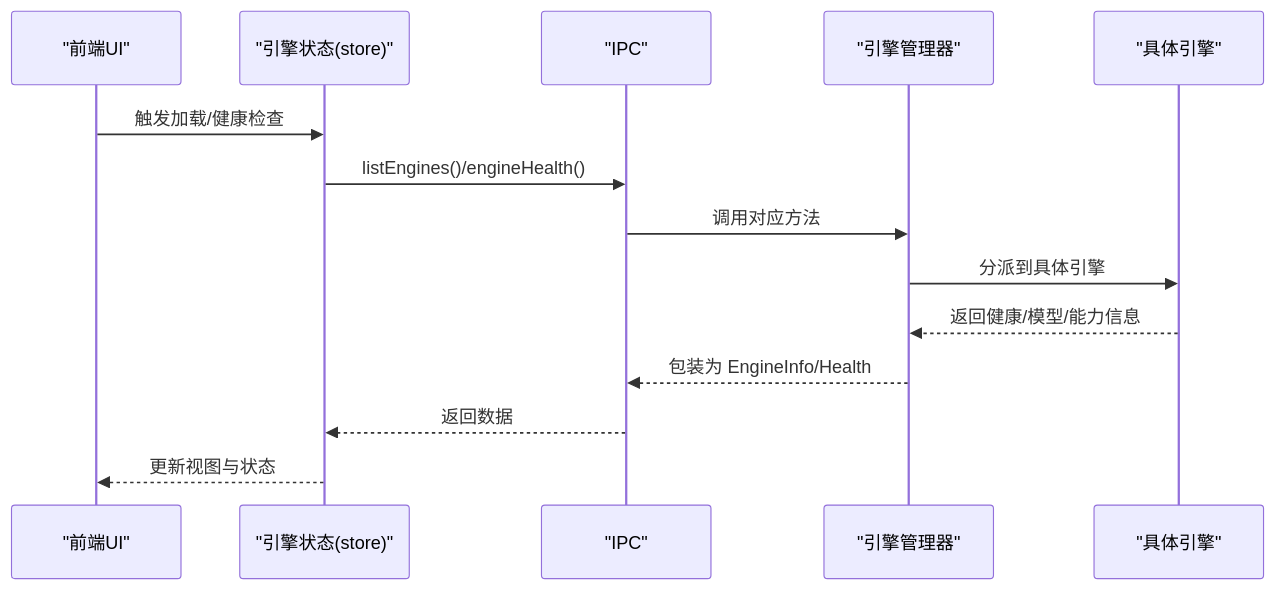
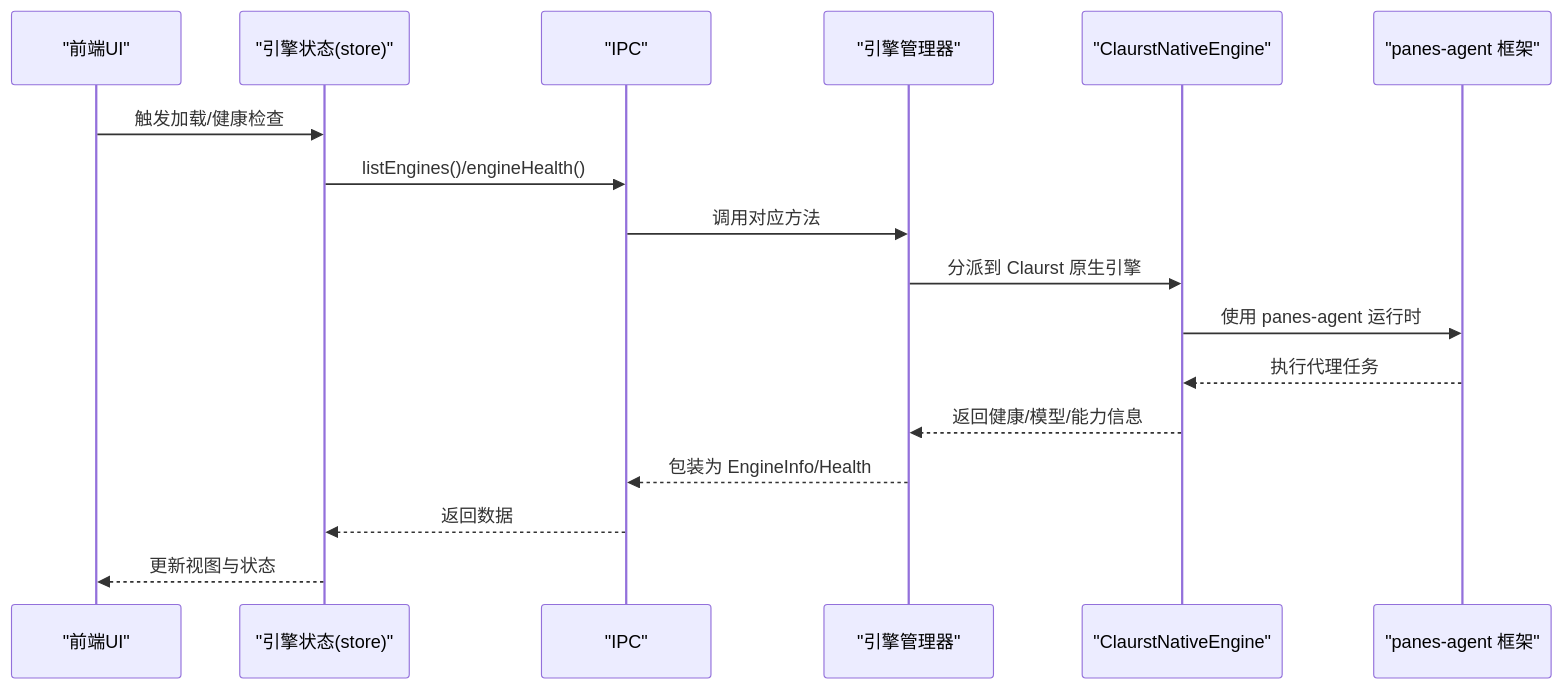
The second of 9 diagrams in .qoder/repowiki/zh/content/核心功能/聊天和 AI 集成/AI 引擎管理.md (yattin/panes), drawn with Mermaid before and after one commit. The commit also changed other lines of this file and 45 other files, not shown here.

````diff
--- a/.qoder/repowiki/zh/content/核心功能/聊天和 AI 集成/AI 引擎管理.md
+++ b/.qoder/repowiki/zh/content/核心功能/聊天和 AI 集成/AI 引擎管理.md
@@ -76,16 +93,19 @@
 ```mermaid
 sequenceDiagram
 participant UI as "前端UI"
 participant Store as "引擎状态(store)"
 participant IPC as "IPC"
 participant EM as "引擎管理器"
-participant Eng as "具体引擎"
+participant CN as "ClaurstNativeEngine"
+participant PA as "panes-agent 框架"
 UI->>Store : 触发加载/健康检查
 Store->>IPC : listEngines()/engineHealth()
 IPC->>EM : 调用对应方法
-EM->>Eng : 分派到具体引擎
-Eng-->>EM : 返回健康/模型/能力信息
+EM->>CN : 分派到 Claurst 原生引擎
+CN->>PA : 使用 panes-agent 运行时
+PA-->>CN : 执行代理任务
+CN-->>EM : 返回健康/模型/能力信息
 EM-->>IPC : 包装为 EngineInfo/Health
 IPC-->>Store : 返回数据
 Store-->>UI : 更新视图与状态
 ```
````
